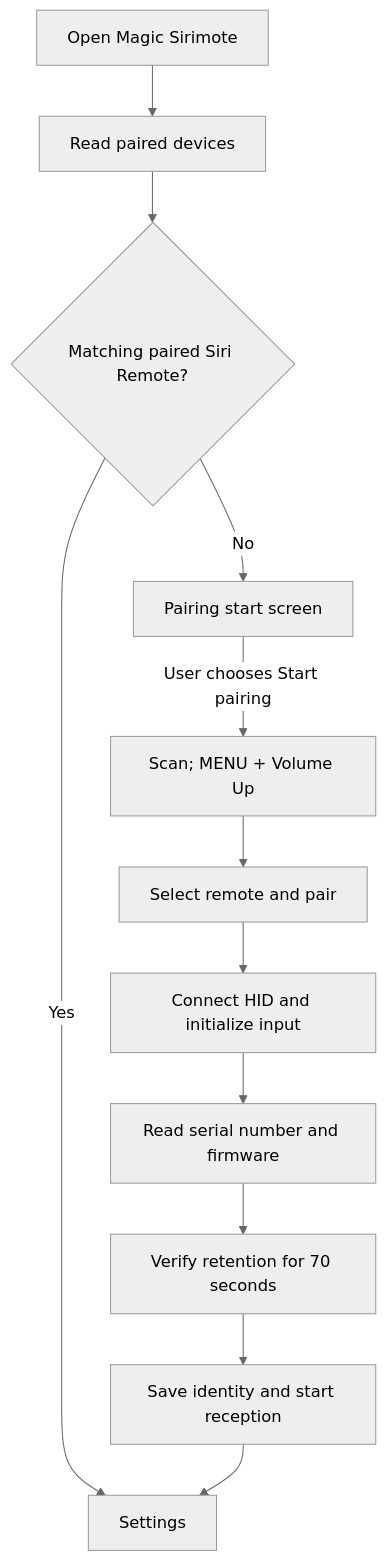
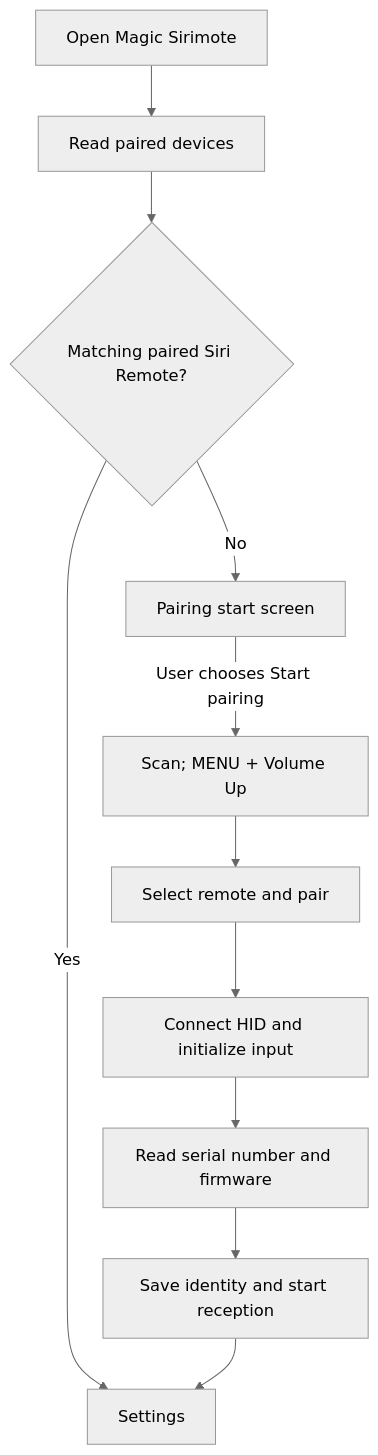
One commit to super-dog-human/magic-sirimote changed the diagram in docs/NATIVE_APP.md. Above: the diagram before and after it, drawn with Mermaid (neutral theme). The commit also changed other lines of this file and 21 other files, not shown here.

````diff
--- a/docs/NATIVE_APP.md
+++ b/docs/NATIVE_APP.md
@@ -44,14 +44,13 @@
 ```mermaid
 flowchart TD
     Open[Open Magic Sirimote] --> Read[Read paired devices]
     Read --> Found{Matching paired Siri Remote?}
     Found -->|Yes| Settings[Settings]
     Found -->|No| Start[Pairing start screen]
     Start -->|User chooses Start pairing| Scan[Scan; MENU + Volume Up]
     Scan --> Pair[Select remote and pair]
     Pair --> HID[Connect HID and initialize input]
     HID --> Identity[Read serial number and firmware]
-    Identity --> Check[Verify retention for 70 seconds]
-    Check --> Save[Save identity and start reception]
+    Identity --> Save[Save identity and start reception]
     Save --> Settings
 ```
````
